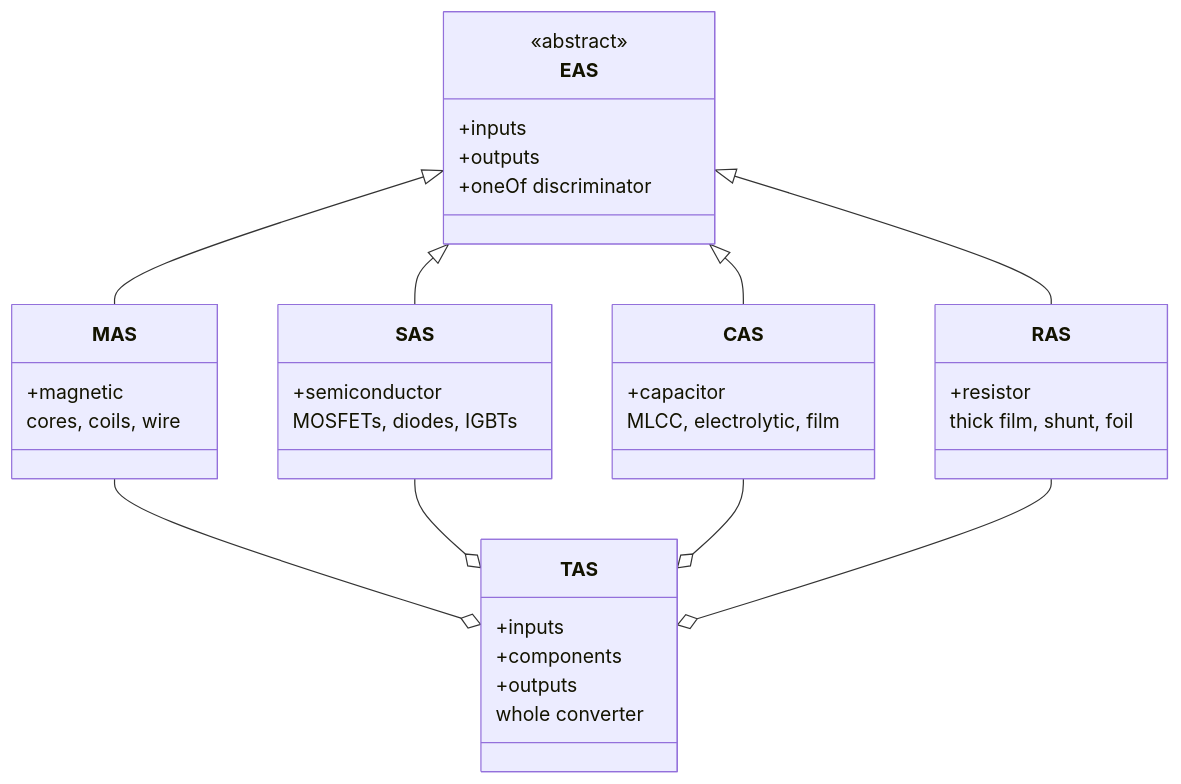
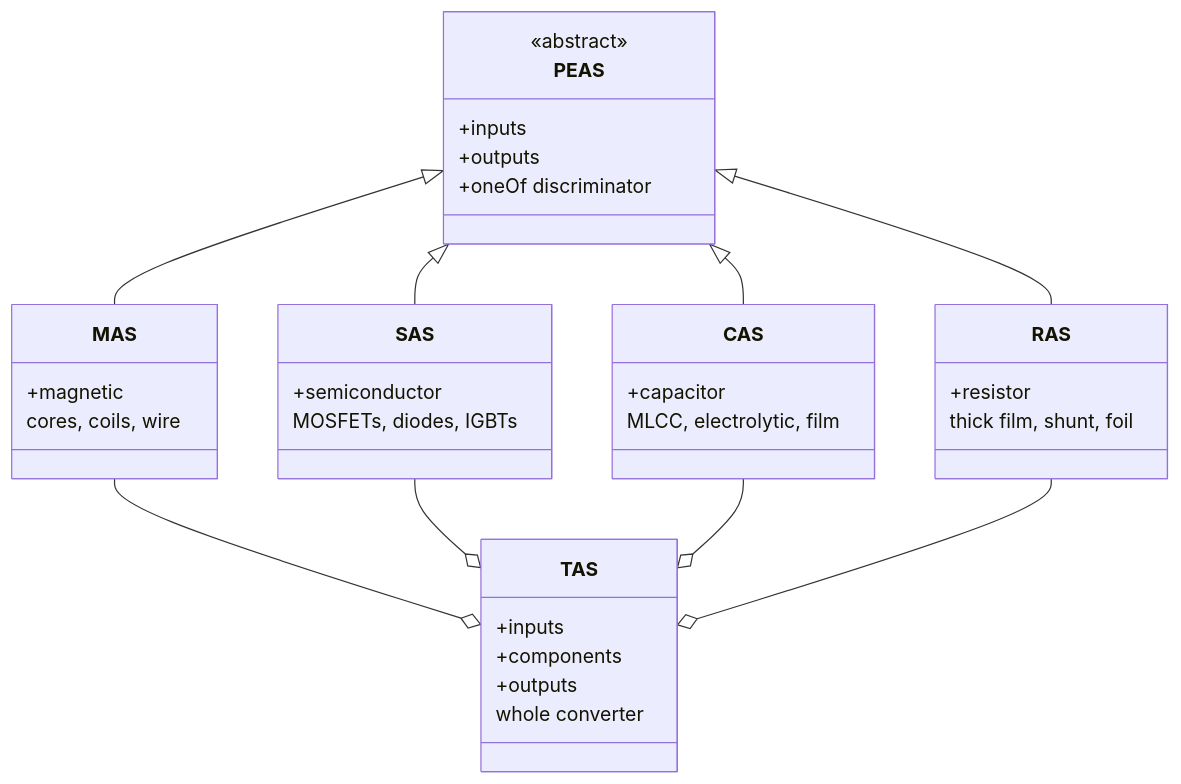
The first of 4 diagrams in docs/architecture.md (Power-Supply-Manufacturers-Association/PEAS), drawn with Mermaid before and after one commit. The commit also changed other lines of this file and 13 other files, not shown here.

First line of the commit message:
Rename EAS to PEAS (Power Electronics Agnostic Structure)

````diff
--- a/docs/architecture.md
+++ b/docs/architecture.md
@@ -15,39 +15,39 @@
 ```mermaid
 classDiagram
-    class EAS {
+    class PEAS {
         <<abstract>>
         +inputs
         +outputs
         +oneOf discriminator
     }
     class MAS {
         +magnetic
         cores, coils, wire
     }
     class SAS {
         +semiconductor
         MOSFETs, diodes, IGBTs
     }
     class CAS {
         +capacitor
         MLCC, electrolytic, film
     }
     class RAS {
         +resistor
         thick film, shunt, foil
     }
     class TAS {
         +inputs
         +components
         +outputs
         whole converter
     }
-    EAS <|-- MAS
-    EAS <|-- SAS
-    EAS <|-- CAS
-    EAS <|-- RAS
+    PEAS <|-- MAS
+    PEAS <|-- SAS
+    PEAS <|-- CAS
+    PEAS <|-- RAS
     MAS --o TAS
     SAS --o TAS
     CAS --o TAS
     RAS --o TAS
 ```
````
